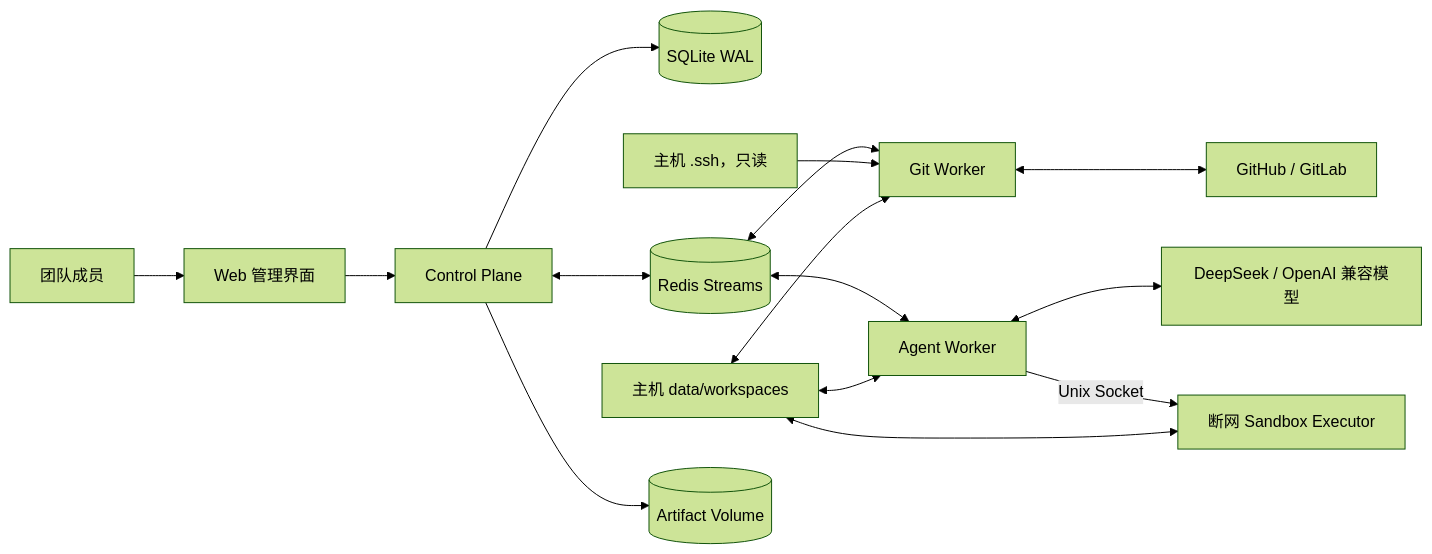
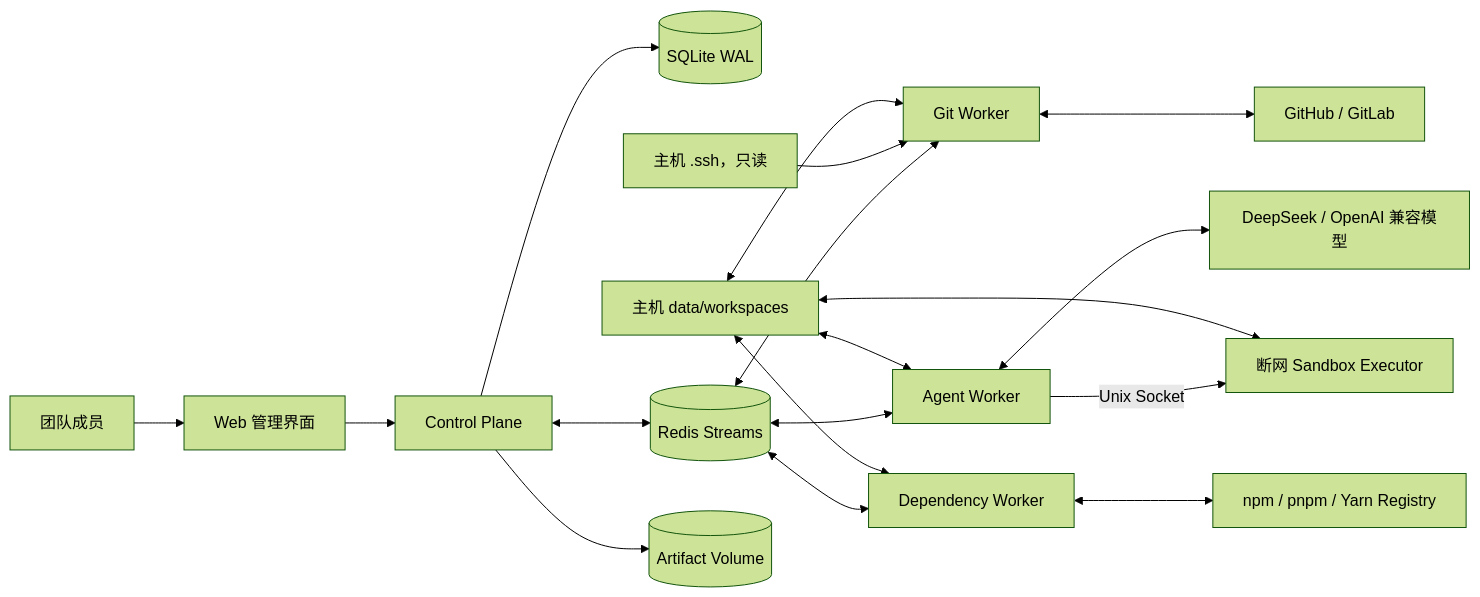
Before and after one commit to yizhiren/develop_platform: the diagram in docs/architecture/system.md, drawn with Mermaid (forest theme). The commit also changed other lines of this file and 82 other files, not shown here.

````diff
--- a/docs/architecture/system.md
+++ b/docs/architecture/system.md
@@ -3,17 +3,20 @@
 ```mermaid
 flowchart LR
   User[团队成员] --> Web[Web 管理界面]
   Web --> CP[Control Plane]
   CP --> DB[(SQLite WAL)]
   CP <--> Redis[(Redis Streams)]
   Redis <--> Agent[Agent Worker]
   Redis <--> Git[Git Worker]
+  Redis <--> Dependency[Dependency Worker]
   Agent -->|Unix Socket| Sandbox[断网 Sandbox Executor]
   Git <--> GH[GitHub / GitLab]
+  Dependency <--> Registry[npm / pnpm / Yarn Registry]
   HostSSH[主机 .ssh，只读] --> Git
   HostWorkspace[主机 data/workspaces] <--> Git
+  HostWorkspace <--> Dependency
   HostWorkspace <--> Agent
   HostWorkspace <--> Sandbox
   Agent <--> LLM[DeepSeek / OpenAI 兼容模型]
   CP --> Artifacts[(Artifact Volume)]
 ```
````
